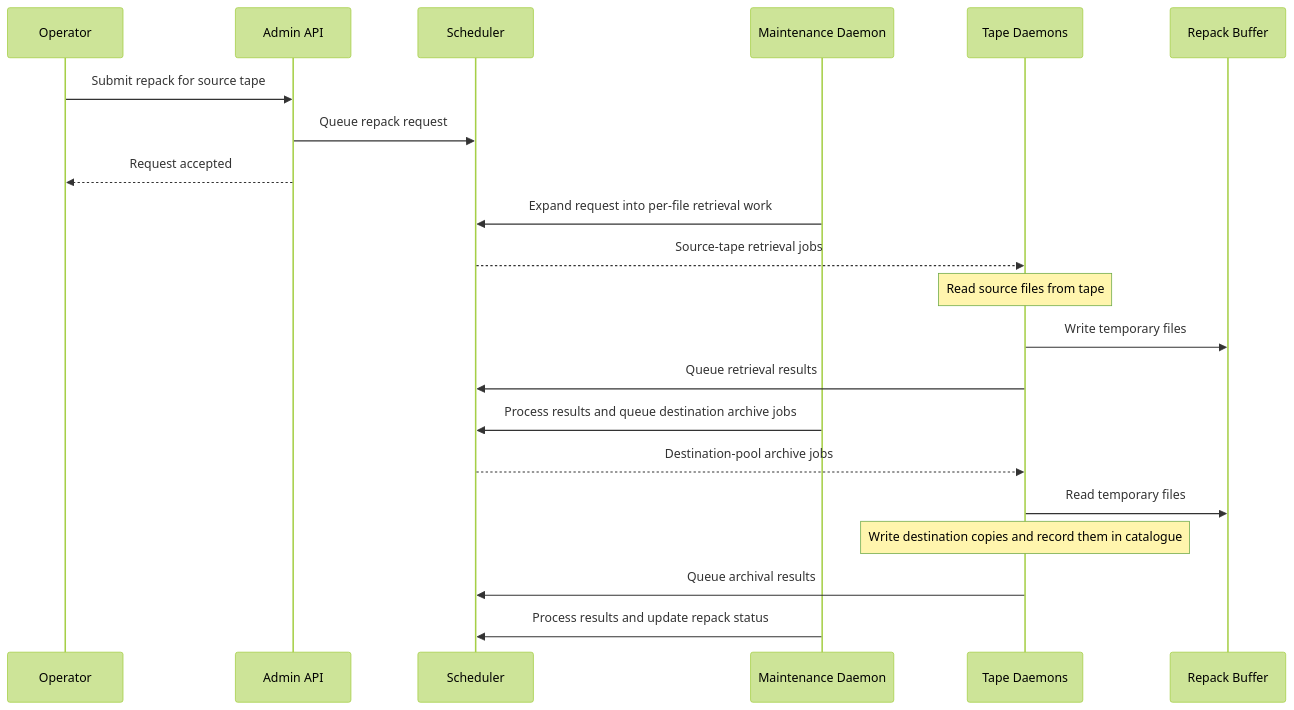
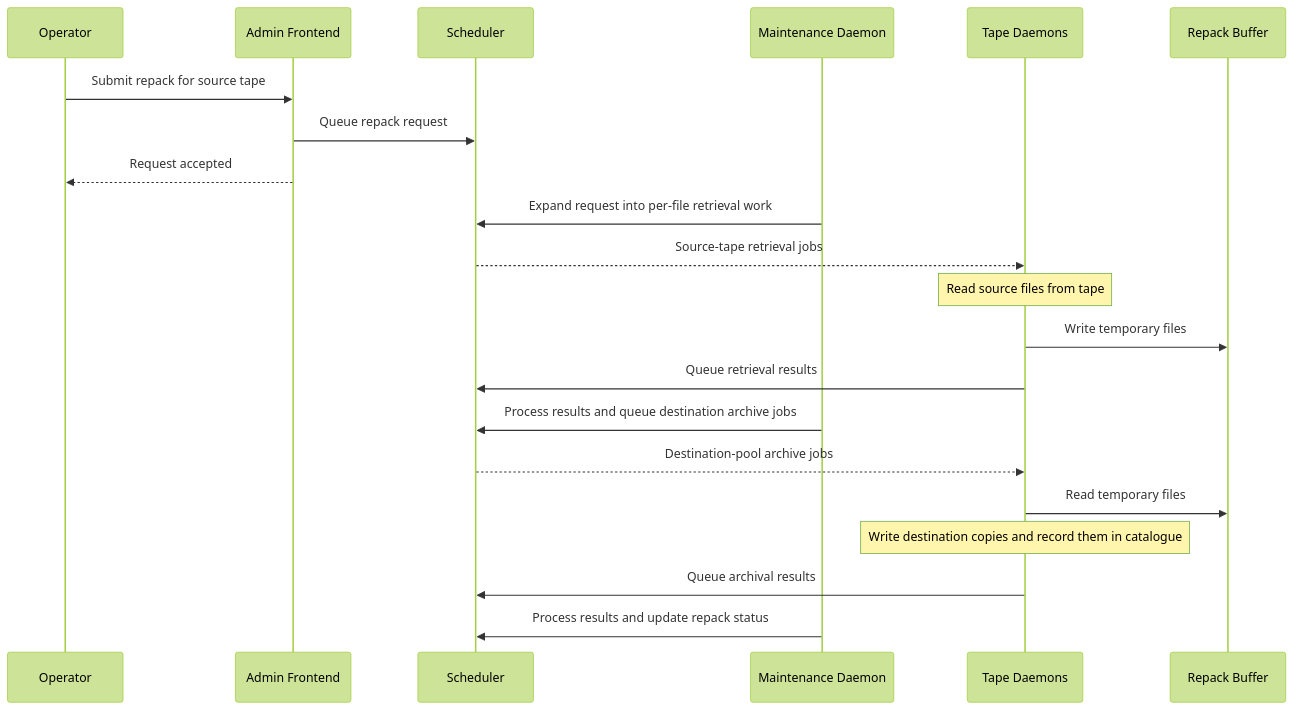
The diagram in docs/content/concepts/data-management/repack.md (cern-cta/CTA), drawn with Mermaid (forest theme) before and after one commit. The commit also changed other lines of this file and 27 other files, not shown here.

````diff
--- a/docs/content/concepts/data-management/repack.md
+++ b/docs/content/concepts/data-management/repack.md
@@ -61,24 +61,24 @@
 ```mermaid
 sequenceDiagram
     participant Operator
-    participant API as Admin API
+    participant API as Admin Frontend
     participant S as Scheduler
     participant MD as Maintenance Daemon
     participant TD as Tape Daemons
     participant B as Repack Buffer
 
     Operator ->> API: Submit repack for source tape
     API ->> S: Queue repack request
     API -->> Operator: Request accepted
     MD ->> S: Expand request into per-file retrieval work
     S -->> TD: Source-tape retrieval jobs
     Note over TD: Read source files from tape
     TD ->> B: Write temporary files
     TD ->> S: Queue retrieval results
     MD ->> S: Process results and queue destination archive jobs
     S -->> TD: Destination-pool archive jobs
     TD ->> B: Read temporary files
     Note over TD: Write destination copies and record them in catalogue
     TD ->> S: Queue archival results
     MD ->> S: Process results and update repack status
 ```
````
